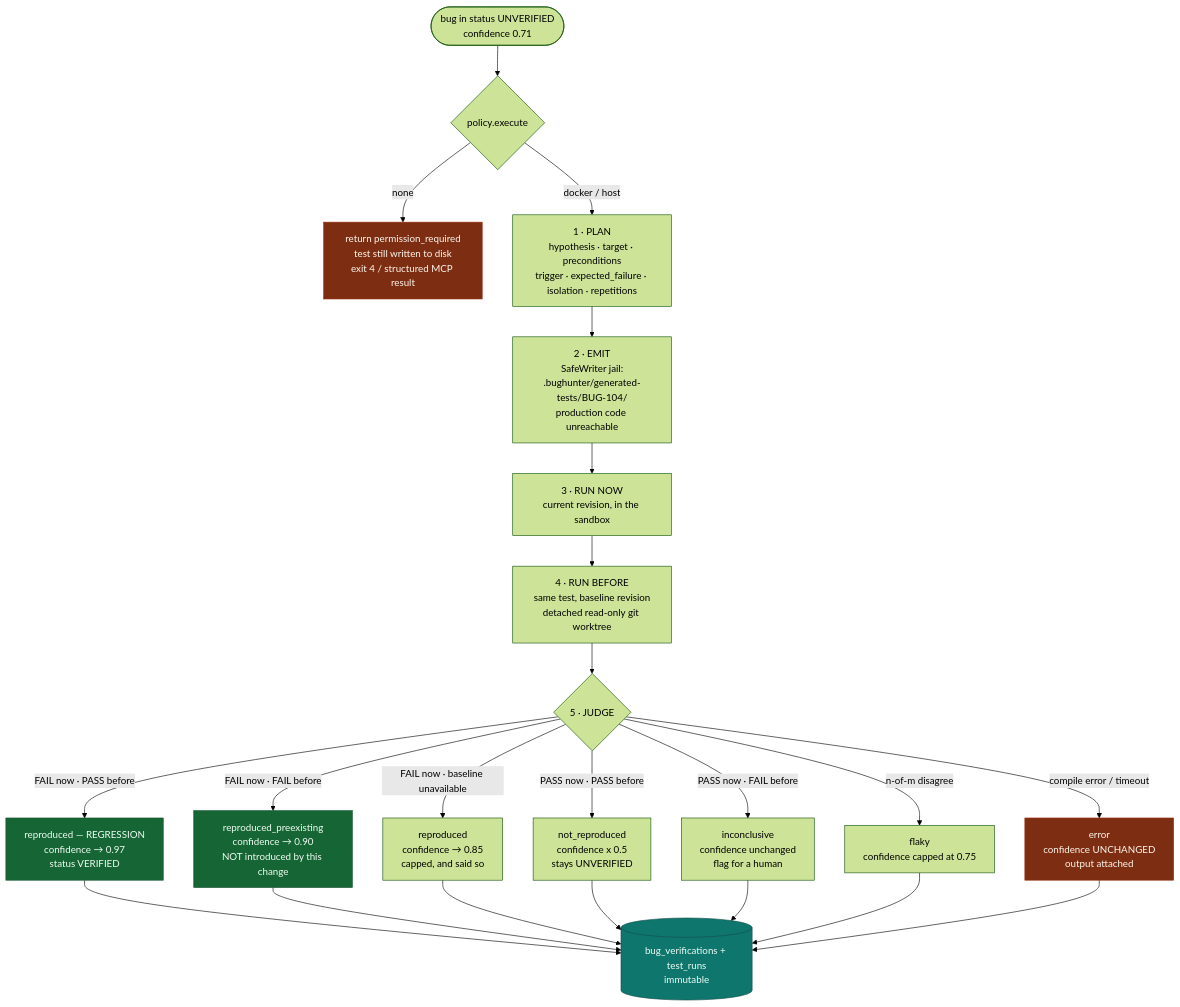
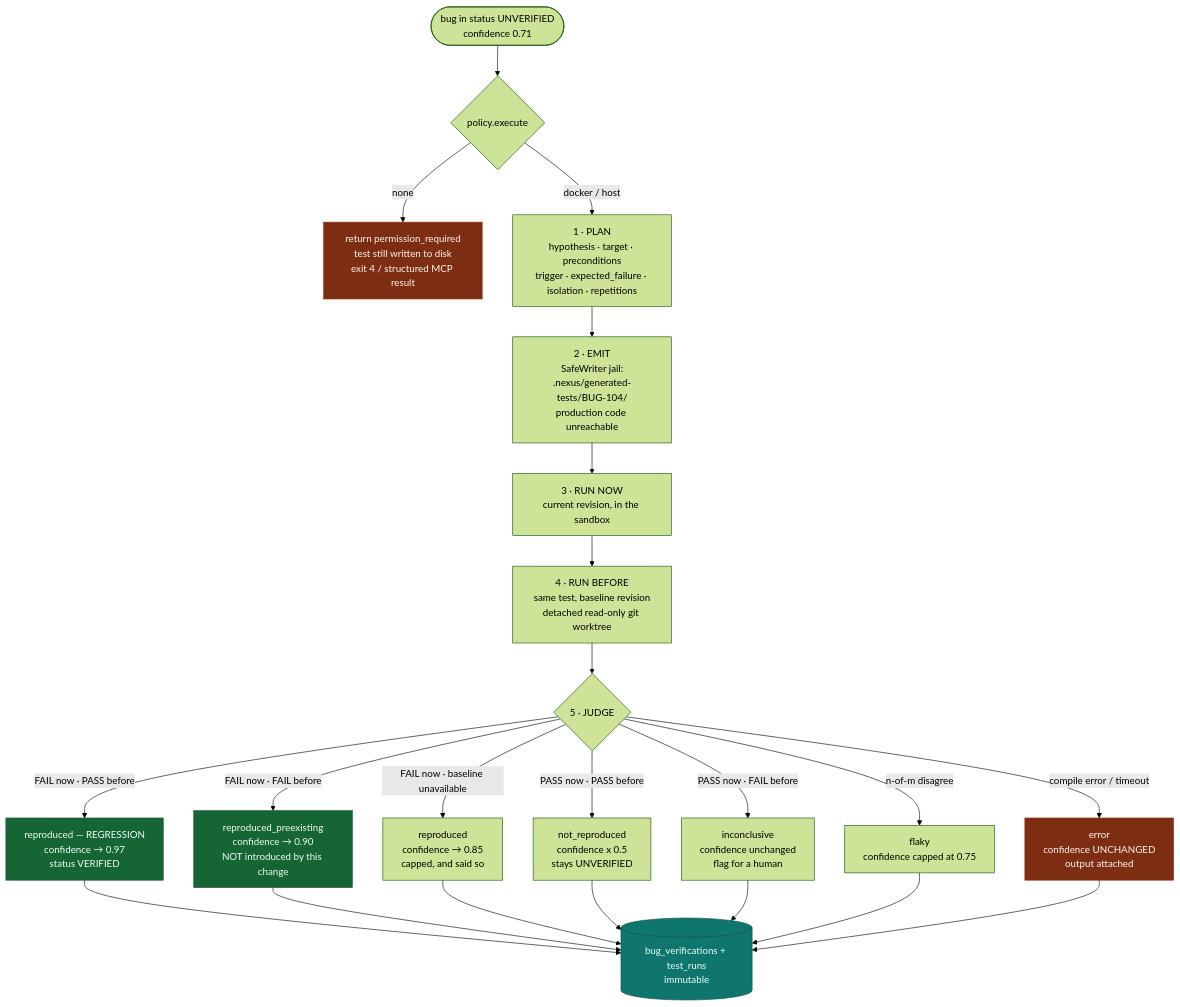
Before and after one commit to zorigtbaatarAst/nexus: the first of 3 diagrams in docs/diagrams/bug-verification.md, drawn with Mermaid (forest theme). The commit also changed 94 other files, not shown here.

````diff
--- a/docs/diagrams/bug-verification.md
+++ b/docs/diagrams/bug-verification.md
@@ -6,38 +6,38 @@
 ```mermaid
 flowchart TD
     BUG(["bug in status UNVERIFIED<br/>confidence 0.71"]) --> POL{"policy.execute"}
 
     POL -->|none| REFUSE["return permission_required<br/>test still written to disk<br/>exit 4 / structured MCP result"]
     POL -->|docker / host| PLAN
 
     PLAN["1 · PLAN<br/>hypothesis · target · preconditions<br/>trigger · expected_failure · isolation · repetitions"]
-    PLAN --> EMIT["2 · EMIT<br/>SafeWriter jail:<br/>.bughunter/generated-tests/BUG-104/<br/>production code unreachable"]
+    PLAN --> EMIT["2 · EMIT<br/>SafeWriter jail:<br/>.nexus/generated-tests/BUG-104/<br/>production code unreachable"]
 
     EMIT --> RUNNOW["3 · RUN NOW<br/>current revision, in the sandbox"]
     RUNNOW --> RUNBASE["4 · RUN BEFORE<br/>same test, baseline revision<br/>detached read-only git worktree"]
 
     RUNBASE --> JUDGE{"5 · JUDGE"}
 
     JUDGE -->|"FAIL now · PASS before"| V1["reproduced — REGRESSION<br/>confidence → 0.97<br/>status VERIFIED"]
     JUDGE -->|"FAIL now · FAIL before"| V2["reproduced_preexisting<br/>confidence → 0.90<br/>NOT introduced by this change"]
     JUDGE -->|"FAIL now · baseline unavailable"| V3["reproduced<br/>confidence → 0.85<br/>capped, and said so"]
     JUDGE -->|"PASS now · PASS before"| V4["not_reproduced<br/>confidence x 0.5<br/>stays UNVERIFIED"]
     JUDGE -->|"PASS now · FAIL before"| V5["inconclusive<br/>confidence unchanged<br/>flag for a human"]
     JUDGE -->|"n-of-m disagree"| V6["flaky<br/>confidence capped at 0.75"]
     JUDGE -->|"compile error / timeout"| V7["error<br/>confidence UNCHANGED<br/>output attached"]
 
     V1 --> LEDGER[("bug_verifications + test_runs<br/>immutable")]
     V2 --> LEDGER
     V3 --> LEDGER
     V4 --> LEDGER
     V5 --> LEDGER
     V6 --> LEDGER
     V7 --> LEDGER
 
     classDef good fill:#166534,stroke:#14532d,color:#f0fdf4
     classDef bad fill:#7c2d12,stroke:#9a3412,color:#fff7ed
     classDef store fill:#0f766e,stroke:#134e4a,color:#ecfdf5
     class V1,V2 good
     class REFUSE,V7 bad
     class LEDGER store
 ```
````
